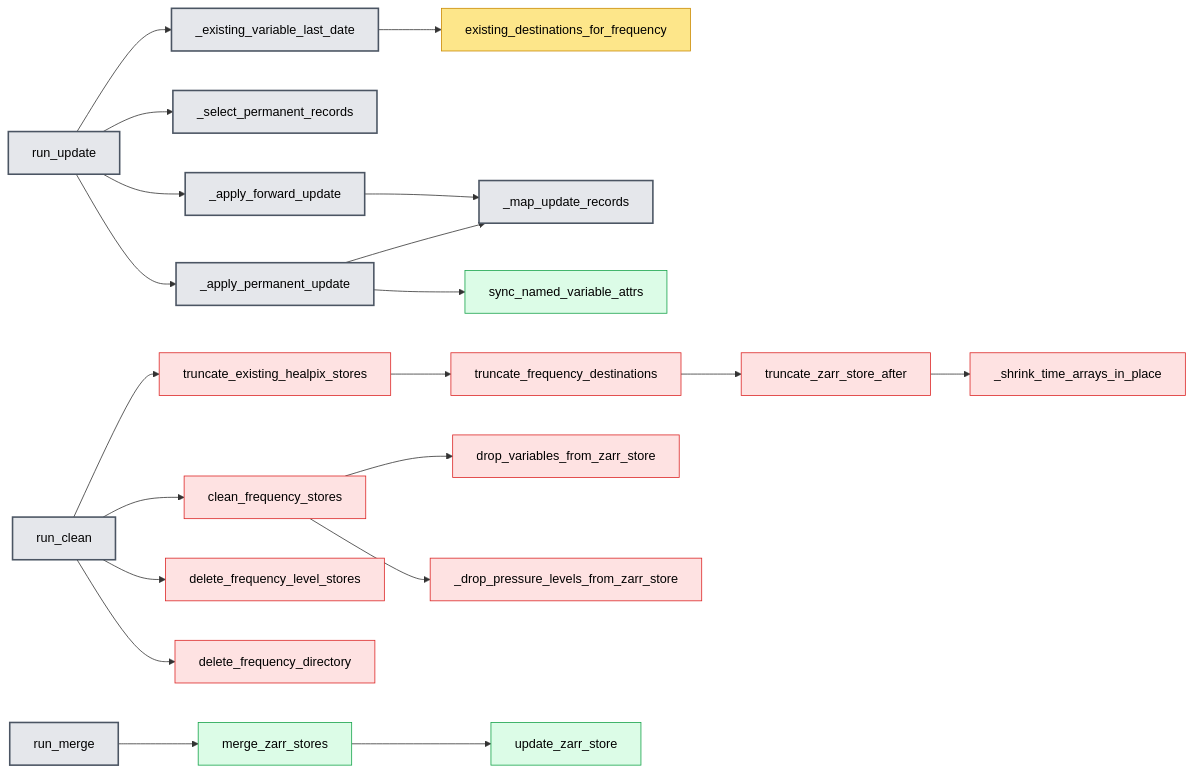
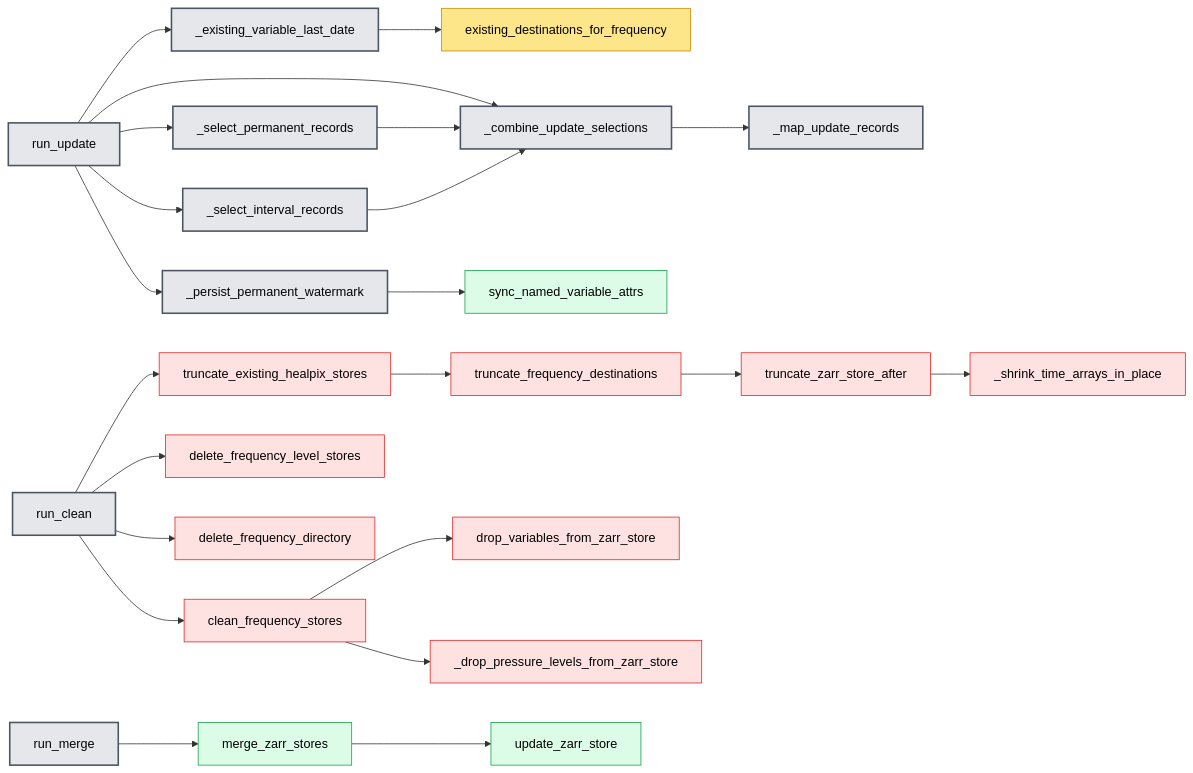
One commit to freva-org/grid-doctor changed the fourth of 11 diagrams in scripts/era5land/FUNCTION_CALL_GRAPH.md. Above: the diagram before and after it, drawn with Mermaid. The commit also changed other lines of this file and 7 other files, not shown here.

````diff
--- a/scripts/era5land/FUNCTION_CALL_GRAPH.md
+++ b/scripts/era5land/FUNCTION_CALL_GRAPH.md
@@ -173,29 +173,31 @@
 ```mermaid
 flowchart LR
     UPDATE[run_update]:::remapper --> LAST[_existing_variable_last_date]:::remapper
     LAST --> EXISTING[existing_destinations_for_frequency]:::formatter
     UPDATE --> PERM[_select_permanent_records]:::remapper
-    UPDATE --> APPLY_PERM[_apply_permanent_update]:::remapper
-    UPDATE --> APPLY_FORWARD[_apply_forward_update]:::remapper
-    APPLY_PERM --> UPDATE_MAP[_map_update_records]:::remapper
-    APPLY_FORWARD --> UPDATE_MAP
-    APPLY_PERM --> SYNC[sync_named_variable_attrs]:::zarr_publisher
+    UPDATE --> FORWARD[_select_interval_records]:::remapper
+    UPDATE --> COMBINED[_combine_update_selections]:::remapper
+    PERM --> COMBINED
+    FORWARD --> COMBINED
+    COMBINED --> UPDATE_MAP[_map_update_records]:::remapper
+    UPDATE --> SYNC[_persist_permanent_watermark]:::remapper
+    SYNC --> SYNC_ATTRS[sync_named_variable_attrs]:::zarr_publisher
 
     CLEAN[run_clean]:::remapper --> TRUNC[truncate_existing_healpix_stores]:::cleanup
     TRUNC --> TRUNC_FREQ[truncate_frequency_destinations]:::cleanup
     TRUNC_FREQ --> SHRINK[truncate_zarr_store_after]:::cleanup
     SHRINK --> SHRINK_ARRAYS[_shrink_time_arrays_in_place]:::cleanup
     CLEAN --> REMOVE[clean_frequency_stores]:::cleanup
     REMOVE --> DROP[drop_variables_from_zarr_store]:::cleanup
     REMOVE --> DROP_PLEV[_drop_pressure_levels_from_zarr_store]:::cleanup
     CLEAN --> DELETE_LEVEL[delete_frequency_level_stores]:::cleanup
     CLEAN --> DELETE_FREQ[delete_frequency_directory]:::cleanup
 
     MERGE[run_merge]:::remapper --> MERGE_STORES[merge_zarr_stores]:::zarr_publisher
     MERGE_STORES --> PUBLISH[update_zarr_store]:::zarr_publisher
 
     classDef remapper fill:#e5e7eb,stroke:#4b5563,color:#000000,stroke-width:2px
     classDef formatter fill:#fde68a,stroke:#ca8a04,color:#000000
     classDef cleanup fill:#fee2e2,stroke:#dc2626,color:#000000
     classDef zarr_publisher fill:#dcfce7,stroke:#16a34a,color:#000000
 ```
````
